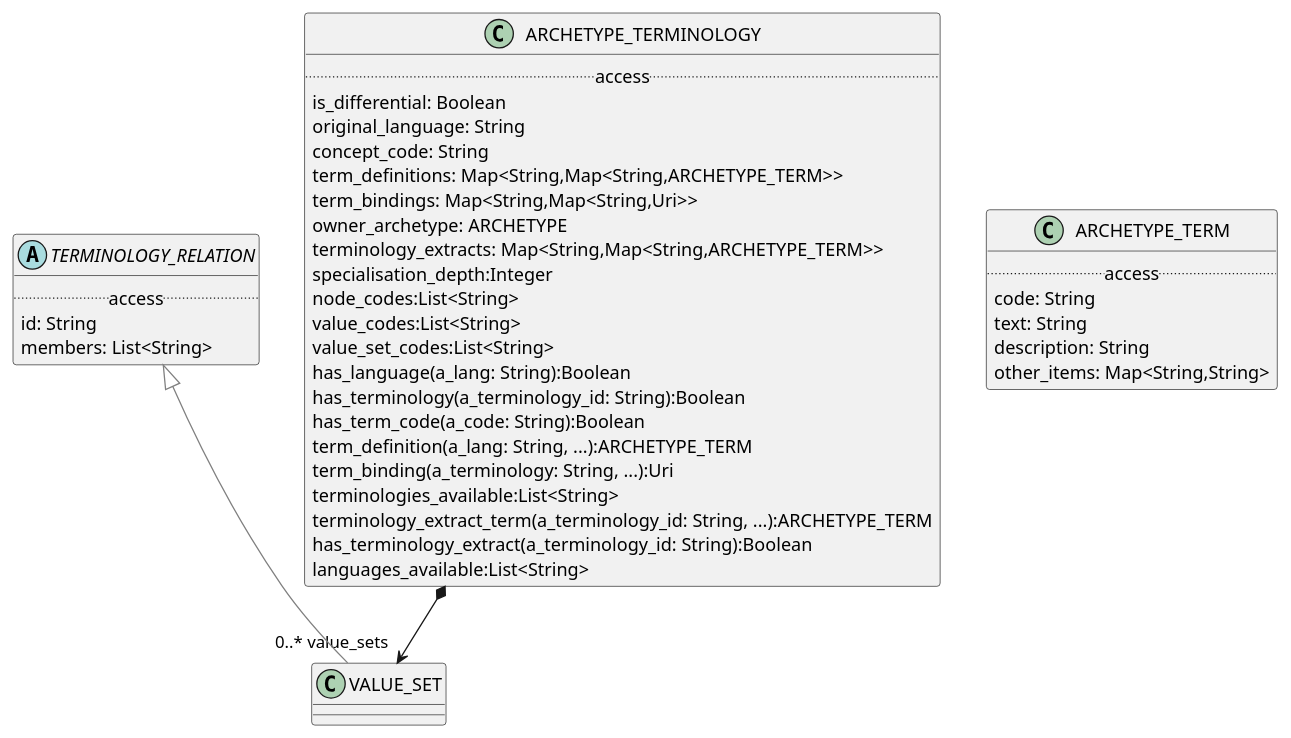
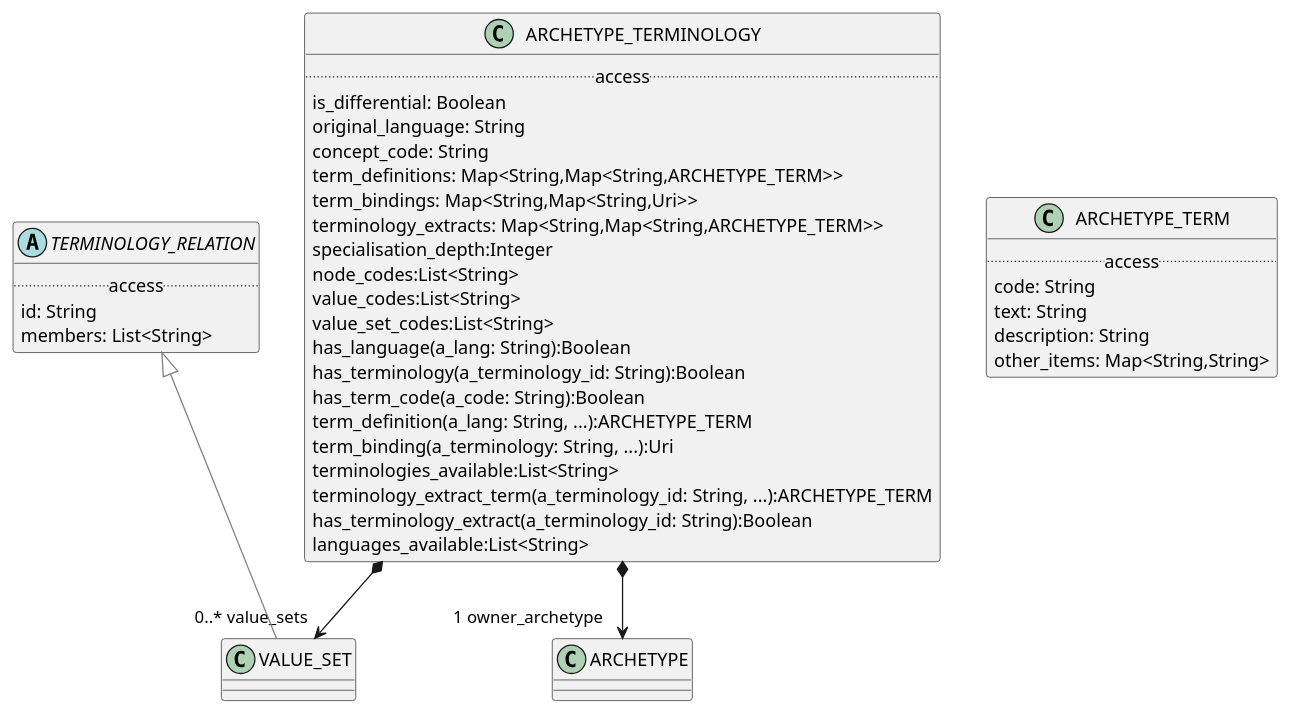
Before and after one commit to wolandscat/openehr-doc: the diagram in modules/ROOT/examples/bmm/languages/aom2/terminology/terminology-package-uml.adoc, drawn with PlantUML. The commit also changed 30 other files, not shown here.

```diff
--- a/modules/ROOT/examples/bmm/languages/aom2/terminology/terminology-package-uml.adoc
+++ b/modules/ROOT/examples/bmm/languages/aom2/terminology/terminology-package-uml.adoc
@@ -3,56 +3,57 @@
 [plantuml,opts=interactive,link=self]
 ....
 skinparam groupInheritance 2
 skinparam citedClassColor #FDFDFD
 
 
 class ARCHETYPE_TERM [[/openehr-doc/latest/languages/aom2-gen.html#_class_archetype_term]] {
         .. access ..
         code: String
         text: String
         description: String
         other_items: Map<String,String>
 }
 
 
 class ARCHETYPE_TERMINOLOGY [[/openehr-doc/latest/languages/aom2-gen.html#_class_archetype_terminology]] {
         .. access ..
         is_differential: Boolean
         original_language: String
         concept_code: String
         term_definitions: Map<String,Map<String,ARCHETYPE_TERM>>
         term_bindings: Map<String,Map<String,Uri>>
-        owner_archetype: ARCHETYPE
         terminology_extracts: Map<String,Map<String,ARCHETYPE_TERM>>
         specialisation_depth:Integer
         node_codes:List<String>
         value_codes:List<String>
         value_set_codes:List<String>
         has_language(a_lang: String):Boolean
         has_terminology(a_terminology_id: String):Boolean
         has_term_code(a_code: String):Boolean
         term_definition(a_lang: String, ...):ARCHETYPE_TERM
         term_binding(a_terminology: String, ...):Uri
         terminologies_available:List<String>
         terminology_extract_term(a_terminology_id: String, ...):ARCHETYPE_TERM
         has_terminology_extract(a_terminology_id: String):Boolean
         languages_available:List<String>
 }
 
 
+ARCHETYPE_TERMINOLOGY *--> "1 owner_archetype" ARCHETYPE
+
 ARCHETYPE_TERMINOLOGY *--> "0..* value_sets" VALUE_SET
 
 class VALUE_SET [[/openehr-doc/latest/languages/aom2-gen.html#_class_value_set]] {
 }
 
 VALUE_SET -[#gray]up-|> TERMINOLOGY_RELATION  
 
 
 abstract class TERMINOLOGY_RELATION [[/openehr-doc/latest/languages/aom2-gen.html#_class_terminology_relation]] {
         .. access ..
         id: String
         members: List<String>
 }
 
 
 ....
```
